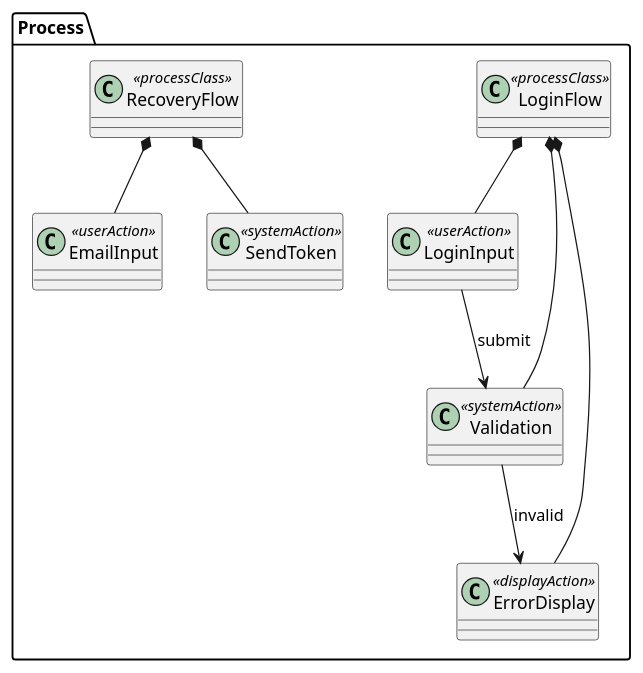
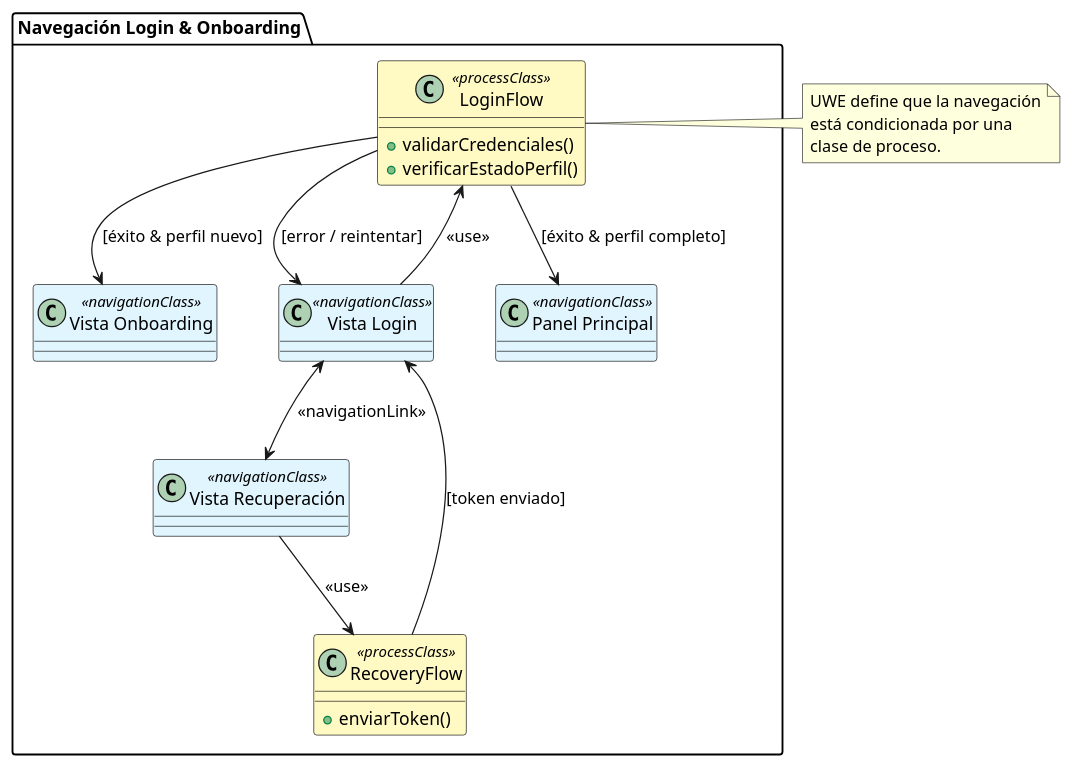
Before and after one commit to AtomicDevelopers/UWE-Tienda-Colectiva: the diagram in Process Model/Login/login_process.puml, drawn with PlantUML. The commit also changed 25 other files, not shown here.

Commit message:
feat:diagrama ususario emprendedor

```diff
--- a/Process Model/Login/login_process.puml
+++ b/Process Model/Login/login_process.puml
@@ -1,23 +1,44 @@
 @startuml
-package "Process" {
-  class "LoginFlow" as Process <<processClass>>
-  class "RecoveryFlow" as RecProcess <<processClass>>
-  
-  class "LoginInput" <<userAction>>
-  class "Validation" <<systemAction>>
-  class "ErrorDisplay" <<displayAction>>
-  
-  class "EmailInput" <<userAction>>
-  class "SendToken" <<systemAction>>
-  
-  Process *-- LoginInput
-  Process *-- Validation
-  Process *-- ErrorDisplay
-  
-  RecProcess *-- EmailInput
-  RecProcess *-- SendToken
-  
-  LoginInput --> Validation : submit
-  Validation --> ErrorDisplay : invalid
+skinparam class {
+    BackgroundColor<<navigationClass>> #E1F5FE
+    BackgroundColor<<processClass>> #FFF9C4
+    BorderColor black
 }
+
+package "Navegación Login & Onboarding" {
+
+    ' Nodos de Navegación (Páginas/Vistas)
+    class "Vista Login" as LoginView <<navigationClass>>
+    class "Vista Recuperación" as RecoveryView <<navigationClass>>
+    class "Vista Onboarding" as OnboardingView <<navigationClass>>
+    class "Panel Principal" as DashboardView <<navigationClass>>
+
+    ' Clases de Proceso (Lógica de transición)
+    class "LoginFlow" as LoginFlow <<processClass>> {
+        + validarCredenciales()
+        + verificarEstadoPerfil()
+    }
+
+    class "RecoveryFlow" as RecFlow <<processClass>> {
+        + enviarToken()
+    }
+
+    ' Relaciones de Navegación
+    LoginView --> LoginFlow : <<use>>
+    LoginFlow --> DashboardView : [éxito & perfil completo]
+    LoginFlow --> OnboardingView : [éxito & perfil nuevo]
+    LoginFlow --> LoginView : [error / reintentar]
+
+    LoginView <--> RecoveryView : <<navigationLink>>
+    RecoveryView --> RecFlow : <<use>>
+    RecFlow --> LoginView : [token enviado]
+
+}
+
+note right of LoginFlow
+  UWE define que la navegación
+  está condicionada por una
+  clase de proceso.
+end note
+
 @enduml
```
